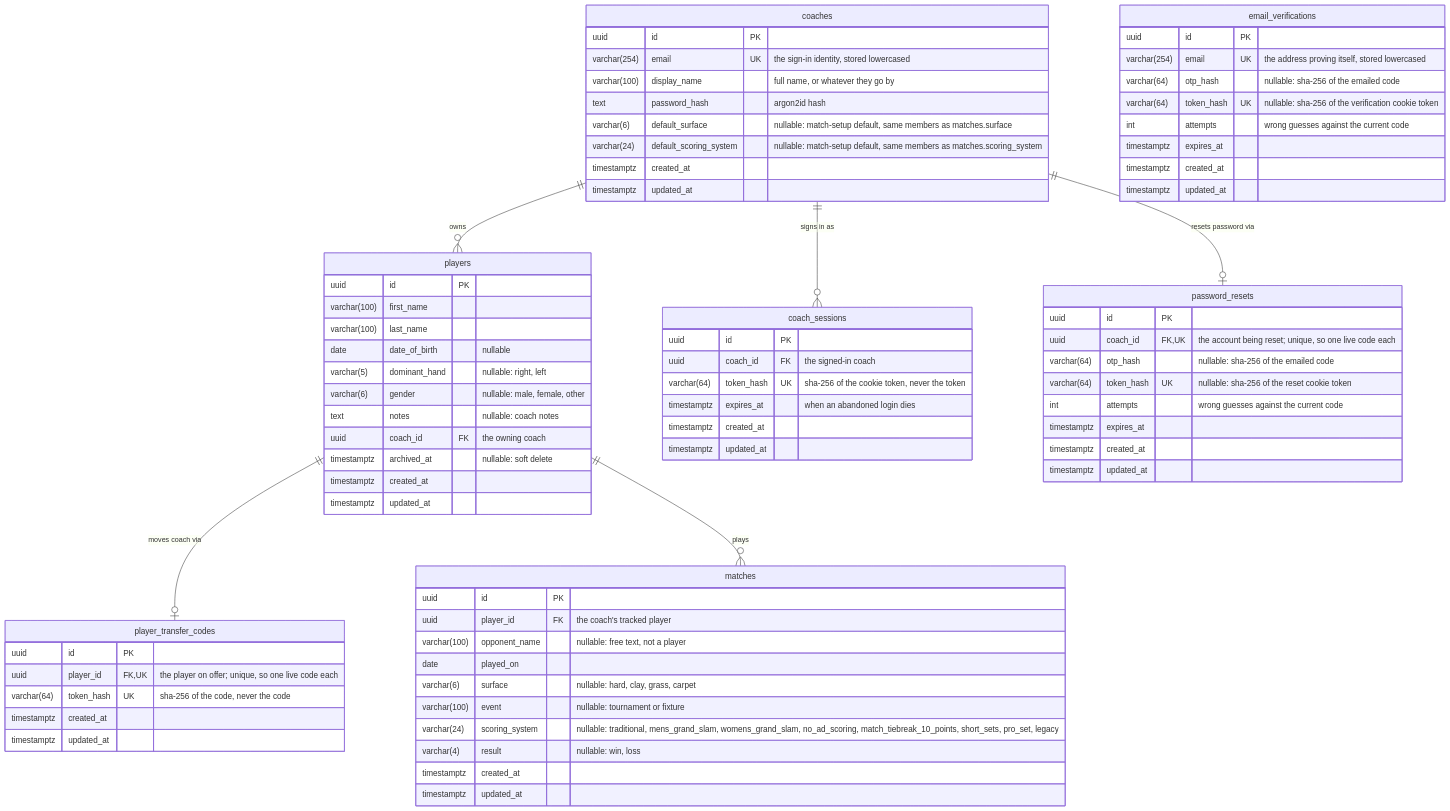
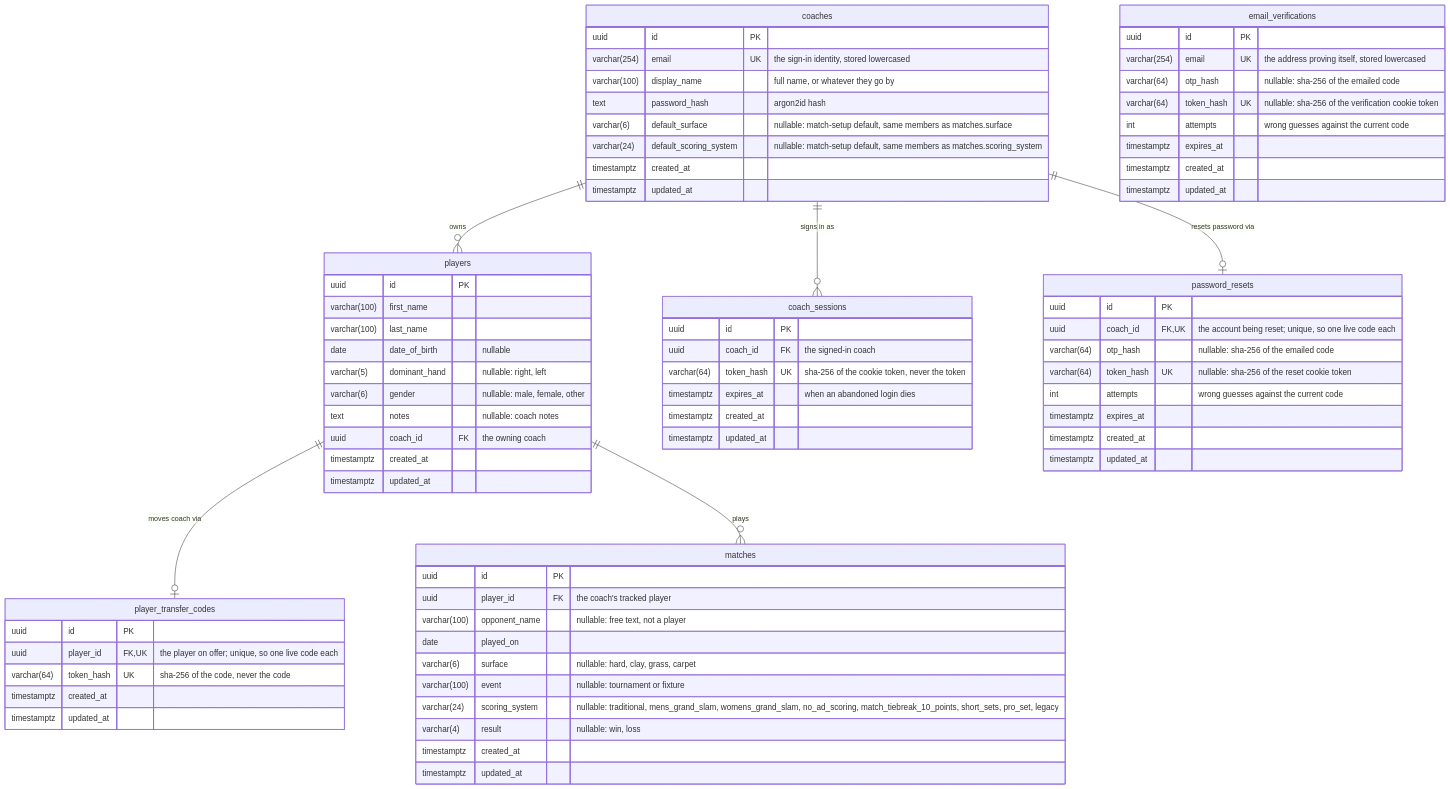
The diagram in docs/data-model.md (tkabalin/matchpoint), drawn with Mermaid before and after one commit. The commit also changed other lines of this file and 27 other files, not shown here.

```diff
--- a/docs/data-model.md
+++ b/docs/data-model.md
@@ -68,7 +68,6 @@
         varchar(6) gender "nullable: male, female, other"
         text notes "nullable: coach notes"
         uuid coach_id FK "the owning coach"
-        timestamptz archived_at "nullable: soft delete"
         timestamptz created_at
         timestamptz updated_at
     }
```
